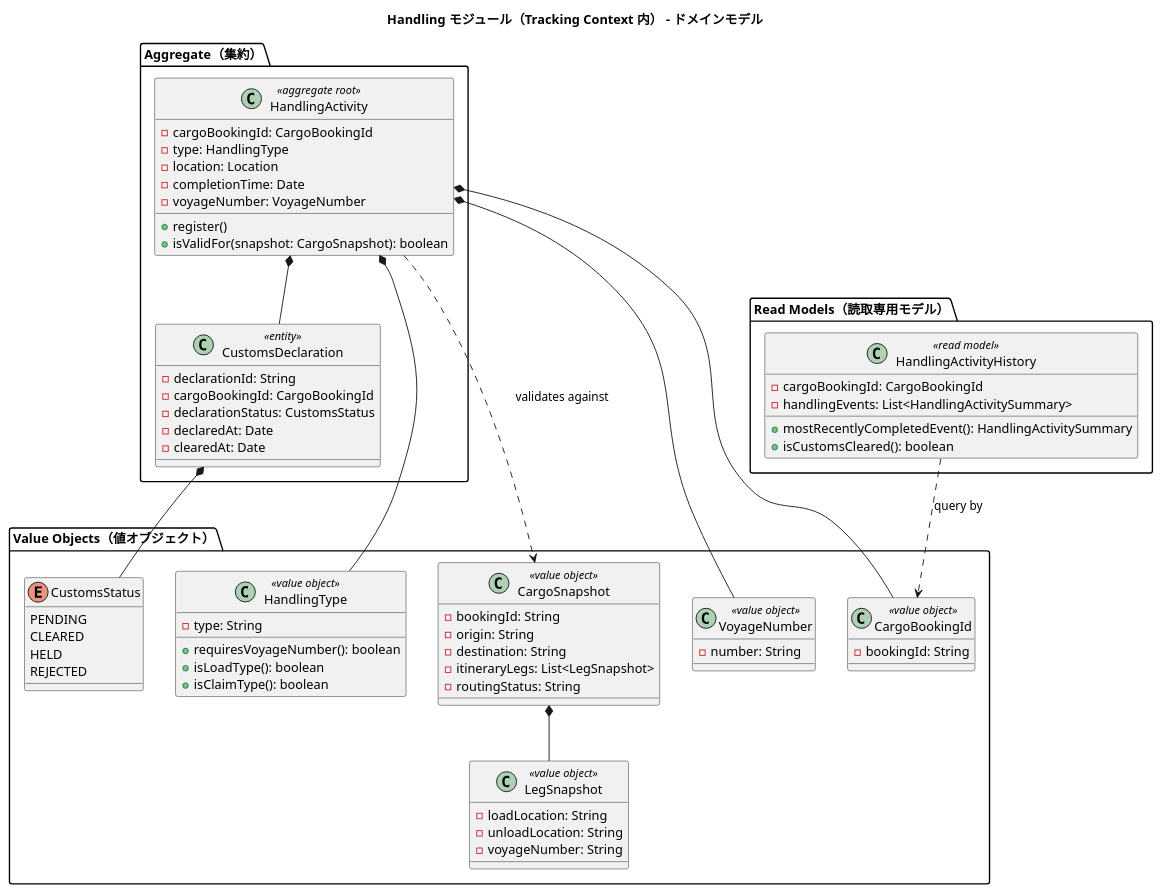
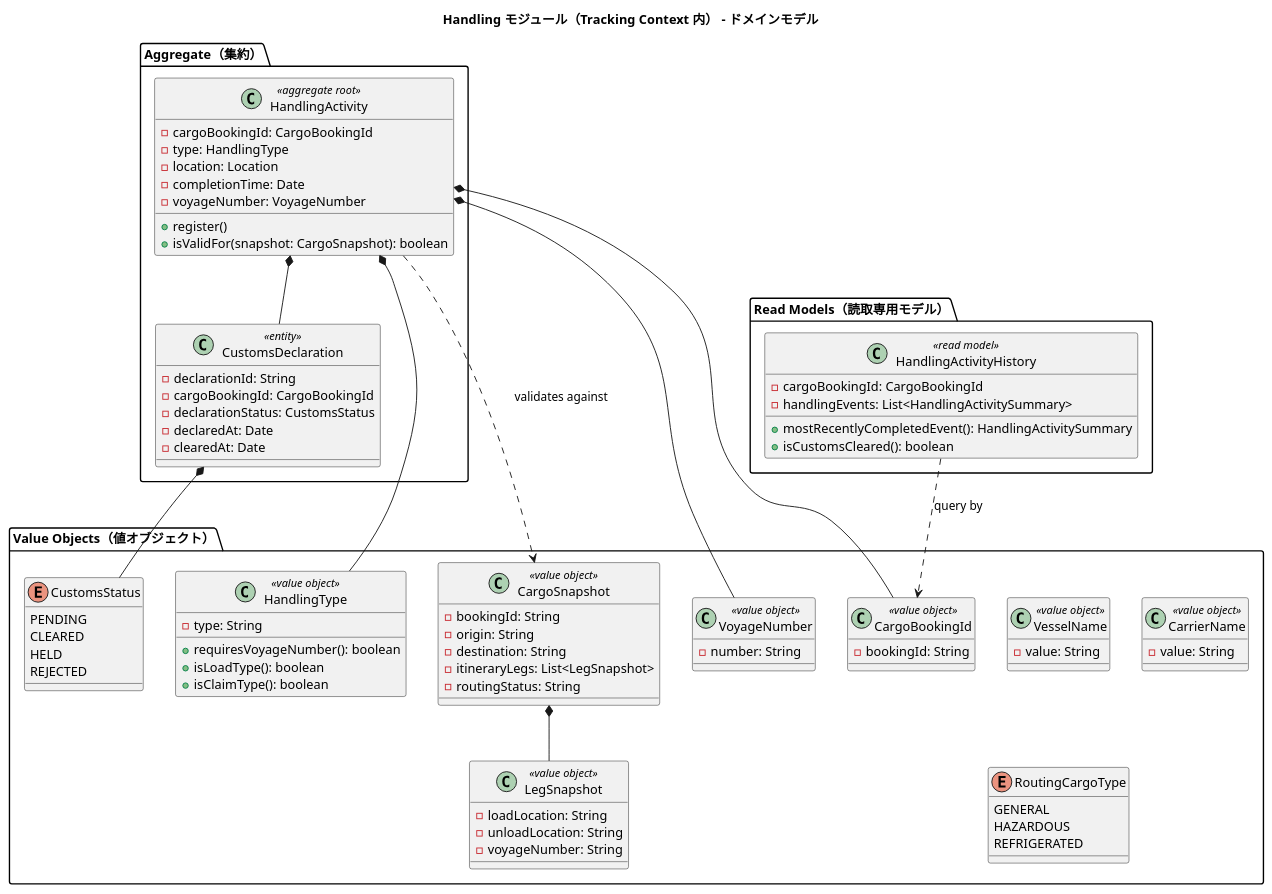
The seventh of 11 diagrams in docs/design/domain-model.md (k2works/case-study-cargo-tracker), drawn with PlantUML before and after one commit. The commit also changed other lines of this file and 24 other files, not shown here.

```diff
--- a/docs/design/domain-model.md
+++ b/docs/design/domain-model.md
@@ -787,6 +831,17 @@
   class VoyageNumber <<value object>> {
     -number: String
   }
+  class VesselName <<value object>> {
+    -value: String
+  }
+  class CarrierName <<value object>> {
+    -value: String
+  }
+  enum RoutingCargoType {
+    GENERAL
+    HAZARDOUS
+    REFRIGERATED
+  }
   enum CustomsStatus {
     PENDING
     CLEARED
```
